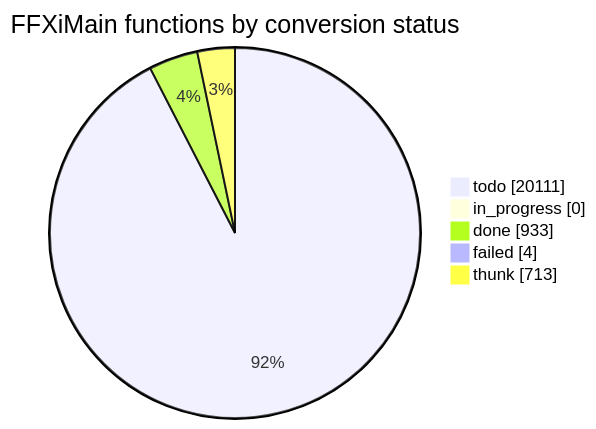
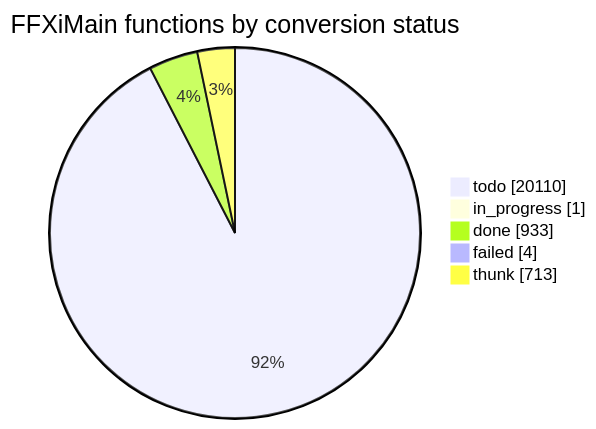
One commit to cowrevenge/cow_kuluu_xi_anything changed the diagram in docs/cow/STATUS.md. Above: the diagram before and after it, drawn with Mermaid. The commit also changed other lines of this file and 7 other files, not shown here.

````diff
--- a/docs/cow/STATUS.md
+++ b/docs/cow/STATUS.md
@@ -18,9 +18,9 @@
 ```mermaid
 pie showData
     title FFXiMain functions by conversion status
-    "todo" : 20111
-    "in_progress" : 0
+    "todo" : 20110
+    "in_progress" : 1
     "done" : 933
     "failed" : 4
     "thunk" : 713
 ```
````
